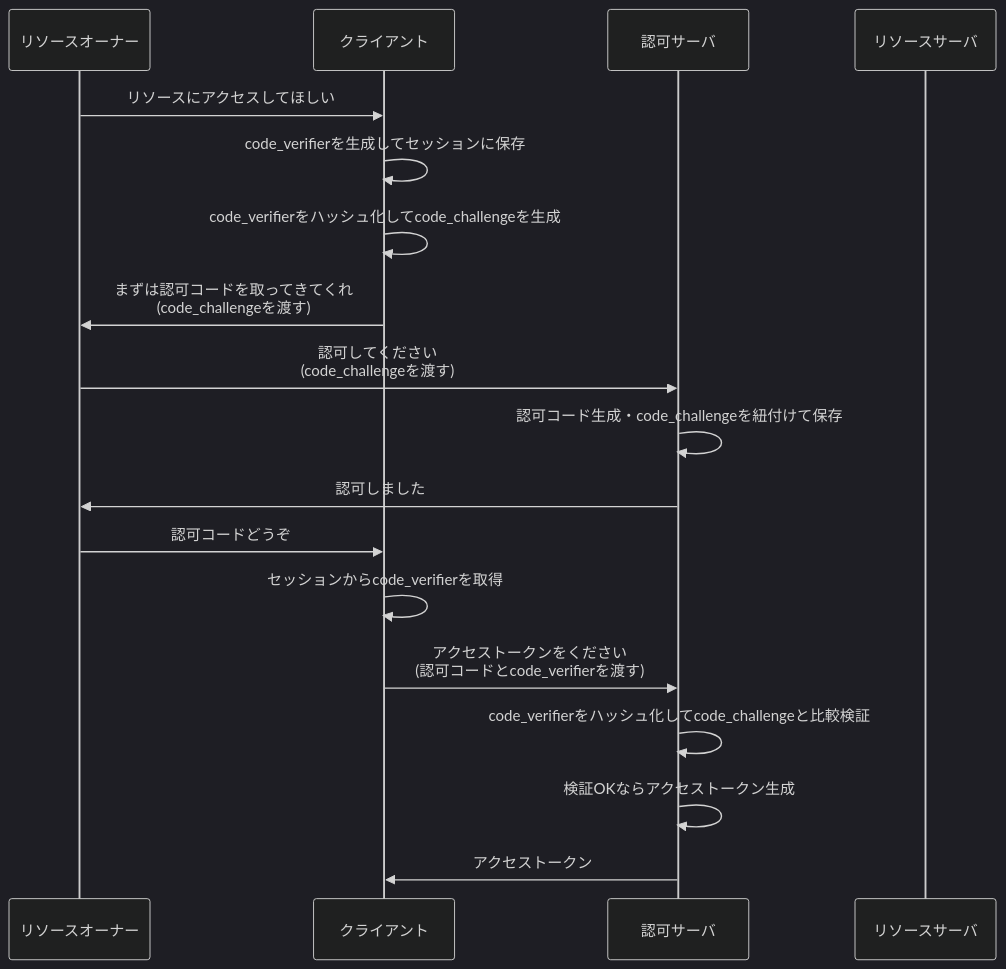
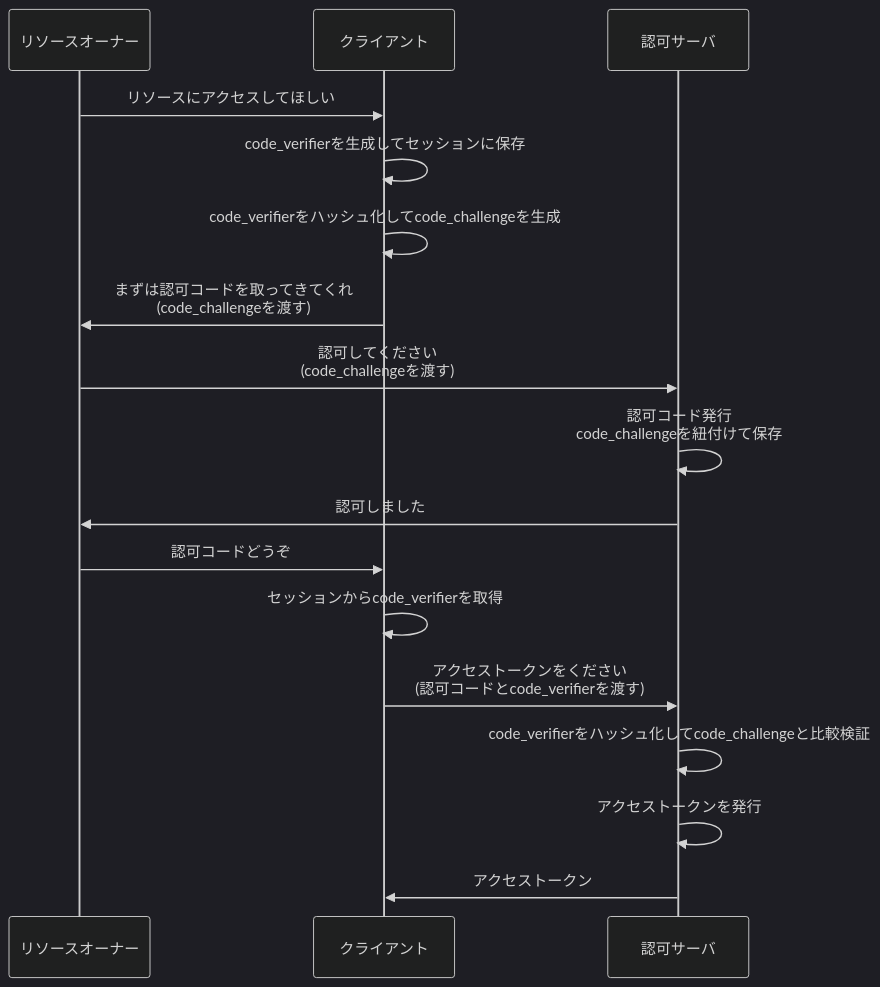
Before and after one commit to calloc134/zenn-dir: the third of 20 diagrams in articles/5e8da6c491e720.md, drawn with Mermaid (dark theme). The commit also changed other lines of this file, not shown here.

Commit message:
PKCEのフローすこし訂正

````diff
--- a/articles/5e8da6c491e720.md
+++ b/articles/5e8da6c491e720.md
@@ -751,22 +751,21 @@
 ```mermaid
 sequenceDiagram
     participant リソースオーナー
     participant クライアント
     participant 認可サーバ
-    participant リソースサーバ
 
     リソースオーナー->>クライアント: リソースにアクセスしてほしい
     クライアント->>クライアント: code_verifierを生成してセッションに保存
     クライアント->>クライアント: code_verifierをハッシュ化してcode_challengeを生成
     クライアント->>リソースオーナー: まずは認可コードを取ってきてくれ<br>(code_challengeを渡す)
 
     リソースオーナー->>認可サーバ: 認可してください<br>(code_challengeを渡す)
-    認可サーバ->>認可サーバ: 認可コード生成・code_challengeを紐付けて保存
+    認可サーバ->>認可サーバ: 認可コード発行<br>code_challengeを紐付けて保存
     認可サーバ->>リソースオーナー: 認可しました
     リソースオーナー->>クライアント: 認可コードどうぞ
     クライアント->>クライアント: セッションからcode_verifierを取得
     クライアント->>認可サーバ: アクセストークンをください<br>(認可コードとcode_verifierを渡す)
     認可サーバ->>認可サーバ: code_verifierをハッシュ化してcode_challengeと比較検証
-    認可サーバ->>認可サーバ: 検証OKならアクセストークン生成
+    認可サーバ->>認可サーバ: アクセストークンを発行
     認可サーバ->>クライアント: アクセストークン
 ```
````
